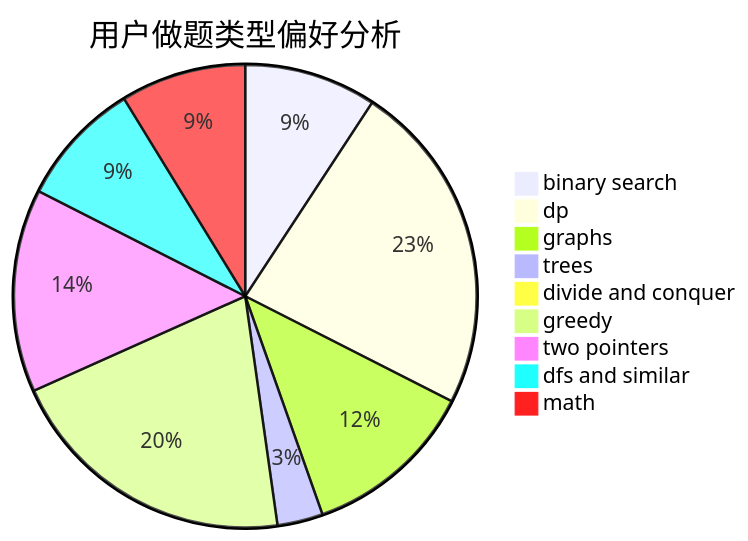
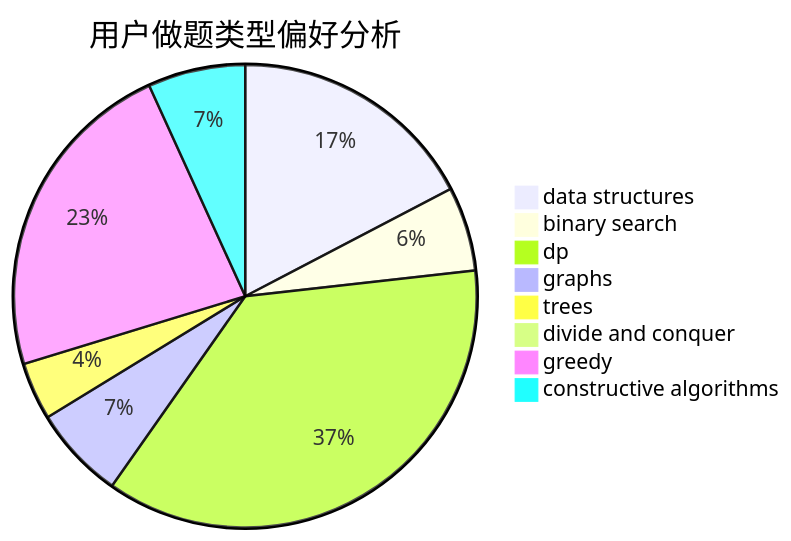
The second of 3 diagrams in docs/user/u1295.md (sherpahu/cfrs.github.io), drawn with Mermaid before and after one commit. The commit also changed other lines of this file and 2775 other files, not shown here.

````diff
--- a/docs/user/u1295.md
+++ b/docs/user/u1295.md
@@ -23,12 +23,11 @@
 ```mermaid
 pie title 用户做题类型偏好分析
-    "binary search" :  58
-    "dp" :  146
-    "graphs" :  76
-    "trees" :  20
-    "divide and conquer" :  5
-    "greedy" :  129
-    "two pointers" :  89
-    "dfs and similar" :  55
-    "math" :  55
+    "data structures" :  56
+    "binary search" :  19
+    "dp" :  118
+    "graphs" :  21
+    "trees" :  13
+    "divide and conquer" :  0
+    "greedy" :  74
+    "constructive algorithms" :  22
 ```
````
